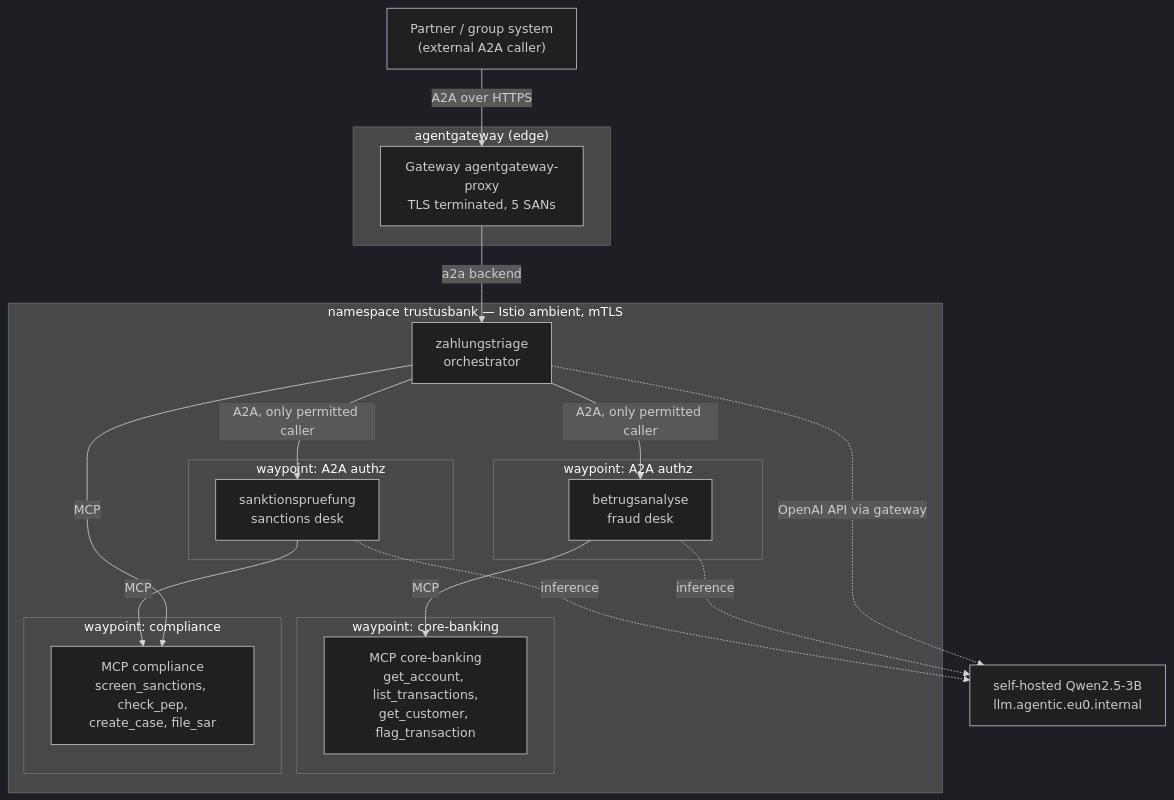
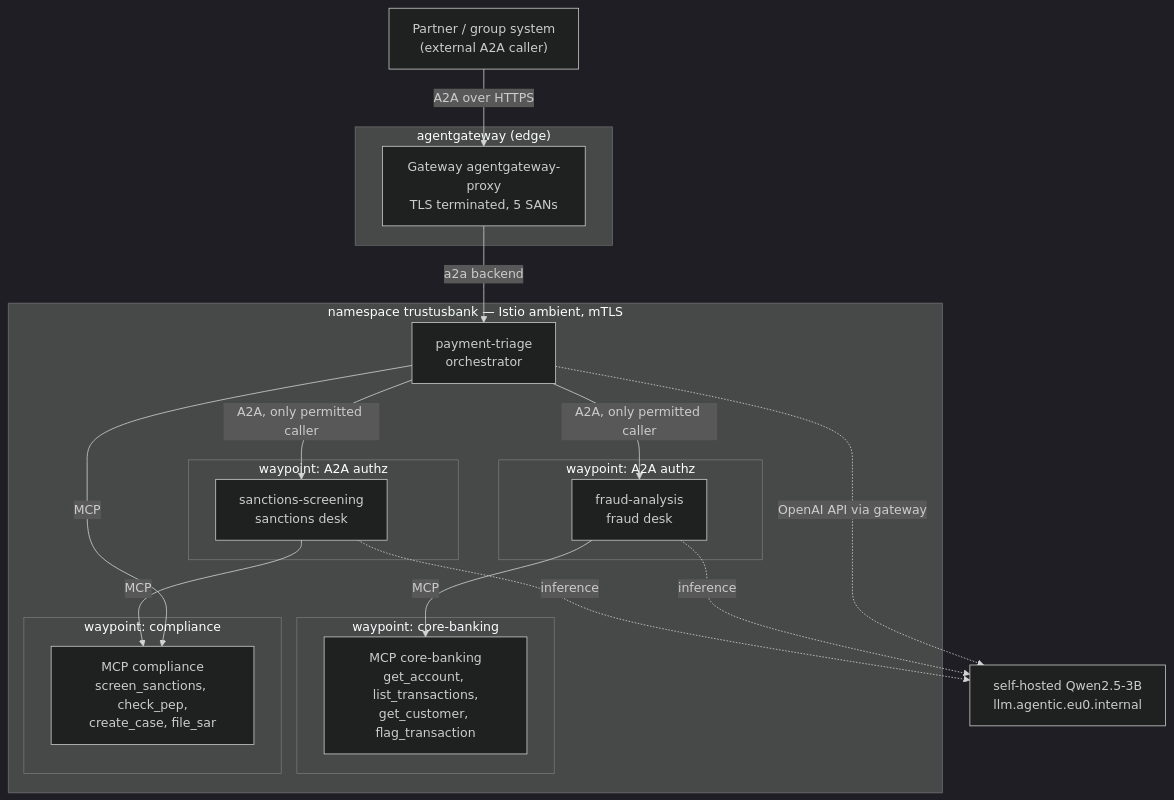
Before and after one commit to tjorourke/google-sovereign-poc: the first of 2 diagrams in docs/trustusbank-sepa-fraud-triage.md, drawn with Mermaid (dark theme). The commit also changed other lines of this file and 8 other files, not shown here.

````diff
--- a/docs/trustusbank-sepa-fraud-triage.md
+++ b/docs/trustusbank-sepa-fraud-triage.md
@@ -45,38 +45,38 @@
 ```mermaid
 flowchart TB
   caller["Partner / group system<br/>(external A2A caller)"]
 
   subgraph edge["agentgateway (edge)"]
     gw["Gateway agentgateway-proxy<br/>TLS terminated, 5 SANs"]
   end
 
   subgraph tub["namespace trustusbank — Istio ambient, mTLS"]
-    triage["zahlungstriage<br/>orchestrator"]
+    triage["payment-triage<br/>orchestrator"]
     subgraph wa1["waypoint: A2A authz"]
-      fraud["betrugsanalyse<br/>fraud desk"]
+      fraud["fraud-analysis<br/>fraud desk"]
     end
     subgraph wa2["waypoint: A2A authz"]
-      sanc["sanktionspruefung<br/>sanctions desk"]
+      sanc["sanctions-screening<br/>sanctions desk"]
     end
 
     subgraph wp1["waypoint: core-banking"]
       cb["MCP core-banking<br/>get_account, list_transactions,<br/>get_customer, flag_transaction"]
     end
     subgraph wp2["waypoint: compliance"]
       cp["MCP compliance<br/>screen_sanctions, check_pep,<br/>create_case, file_sar"]
     end
   end
 
   model["self-hosted Qwen2.5-3B<br/>llm.agentic.eu0.internal"]
 
   caller -->|"A2A over HTTPS"| gw
   gw -->|"a2a backend"| triage
   triage -->|"A2A, only permitted caller"| fraud
   triage -->|"A2A, only permitted caller"| sanc
   triage -->|"MCP"| cp
   fraud -->|"MCP"| cb
   sanc -->|"MCP"| cp
   triage -.->|"OpenAI API via gateway"| model
   fraud -.->|"inference"| model
   sanc -.->|"inference"| model
 ```
````
